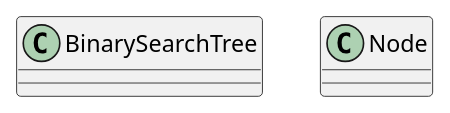
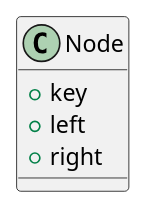
Before and after one commit to afmoyar/Java-Documentator: the diagram in Java-documentator/Documentation/Class_diagram.puml, drawn with PlantUML. The commit also changed 9 other files, not shown here.

```diff
--- a/Java-documentator/Documentation/Class_diagram.puml
+++ b/Java-documentator/Documentation/Class_diagram.puml
@@ -1,4 +1,7 @@
 @startuml
-class BinarySearchTree{}
-class Node{}
+class Node{
+	+key
+	+left
+	+right
+}
 @enduml
```
